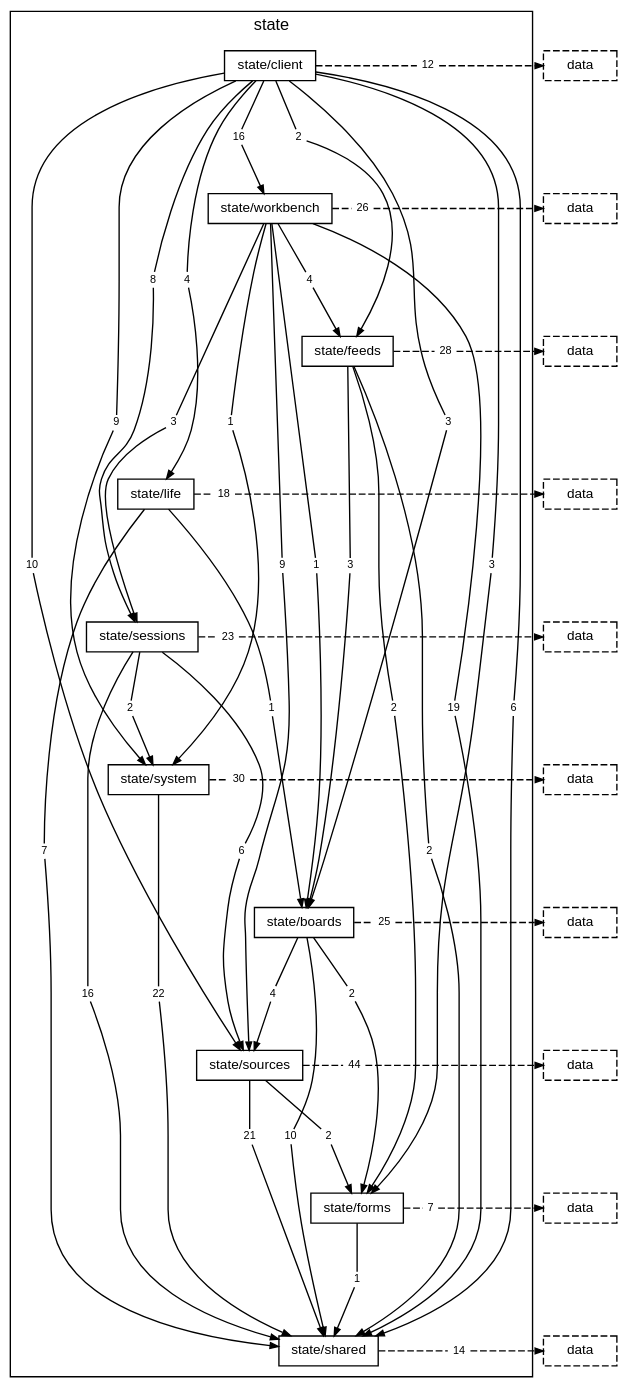
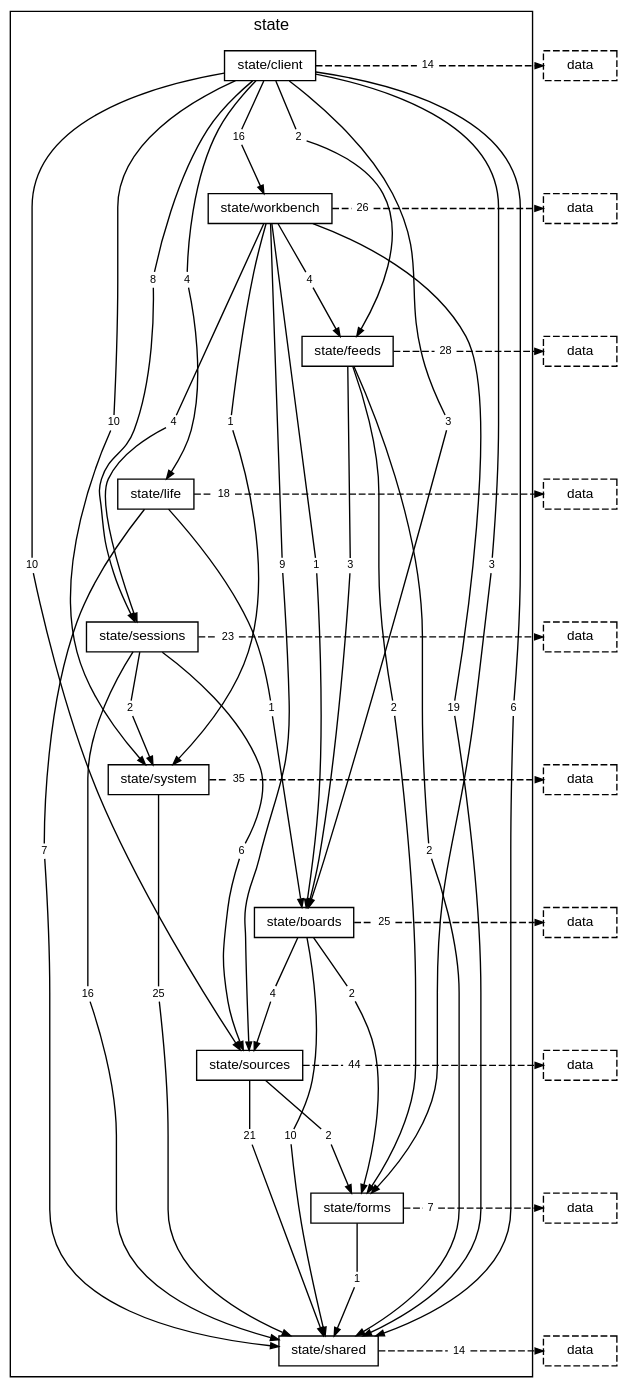
One commit to TheAxeC/oculus changed the diagram in docs/diagrams/layer-state.dot. Above: the diagram before and after it, drawn with Graphviz. The commit also changed 151 other files, not shown here.

```diff
--- a/docs/diagrams/layer-state.dot
+++ b/docs/diagrams/layer-state.dot
@@ -21,12 +21,12 @@
         "folder state/client to folder state/sessions" [label="8", shape=box, color="transparent", fontsize=8, width=0, height=0, margin="0.04,0.02"];
         "folder state/client to folder state/shared" [label="6", shape=box, color="transparent", fontsize=8, width=0, height=0, margin="0.04,0.02"];
         "folder state/client to folder state/sources" [label="10", shape=box, color="transparent", fontsize=8, width=0, height=0, margin="0.04,0.02"];
-        "folder state/client to folder state/system" [label="9", shape=box, color="transparent", fontsize=8, width=0, height=0, margin="0.04,0.02"];
+        "folder state/client to folder state/system" [label="10", shape=box, color="transparent", fontsize=8, width=0, height=0, margin="0.04,0.02"];
         "folder state/client to folder state/workbench" [label="16", shape=box, color="transparent", fontsize=8, width=0, height=0, margin="0.04,0.02"];
-        "folder state/client to layer data" [label="12", shape=box, color="transparent", fontsize=8, width=0, height=0, margin="0.04,0.02"];
+        "folder state/client to layer data" [label="14", shape=box, color="transparent", fontsize=8, width=0, height=0, margin="0.04,0.02"];
         "folder state/workbench to folder state/boards" [label="1", shape=box, color="transparent", fontsize=8, width=0, height=0, margin="0.04,0.02"];
         "folder state/workbench to folder state/feeds" [label="4", shape=box, color="transparent", fontsize=8, width=0, height=0, margin="0.04,0.02"];
-        "folder state/workbench to folder state/sessions" [label="3", shape=box, color="transparent", fontsize=8, width=0, height=0, margin="0.04,0.02"];
+        "folder state/workbench to folder state/sessions" [label="4", shape=box, color="transparent", fontsize=8, width=0, height=0, margin="0.04,0.02"];
         "folder state/workbench to folder state/shared" [label="19", shape=box, color="transparent", fontsize=8, width=0, height=0, margin="0.04,0.02"];
         "folder state/workbench to folder state/sources" [label="9", shape=box, color="transparent", fontsize=8, width=0, height=0, margin="0.04,0.02"];
         "folder state/workbench to folder state/system" [label="1", shape=box, color="transparent", fontsize=8, width=0, height=0, margin="0.04,0.02"];
@@ -42,8 +42,8 @@
         "folder state/sessions to folder state/sources" [label="6", shape=box, color="transparent", fontsize=8, width=0, height=0, margin="0.04,0.02"];
         "folder state/sessions to folder state/system" [label="2", shape=box, color="transparent", fontsize=8, width=0, height=0, margin="0.04,0.02"];
         "folder state/sessions to layer data" [label="23", shape=box, color="transparent", fontsize=8, width=0, height=0, margin="0.04,0.02"];
-        "folder state/system to folder state/shared" [label="22", shape=box, color="transparent", fontsize=8, width=0, height=0, margin="0.04,0.02"];
-        "folder state/system to layer data" [label="30", shape=box, color="transparent", fontsize=8, width=0, height=0, margin="0.04,0.02"];
+        "folder state/system to folder state/shared" [label="25", shape=box, color="transparent", fontsize=8, width=0, height=0, margin="0.04,0.02"];
+        "folder state/system to layer data" [label="35", shape=box, color="transparent", fontsize=8, width=0, height=0, margin="0.04,0.02"];
         "folder state/boards to folder state/forms" [label="2", shape=box, color="transparent", fontsize=8, width=0, height=0, margin="0.04,0.02"];
         "folder state/boards to folder state/shared" [label="10", shape=box, color="transparent", fontsize=8, width=0, height=0, margin="0.04,0.02"];
         "folder state/boards to folder state/sources" [label="4", shape=box, color="transparent", fontsize=8, width=0, height=0, margin="0.04,0.02"];
```
